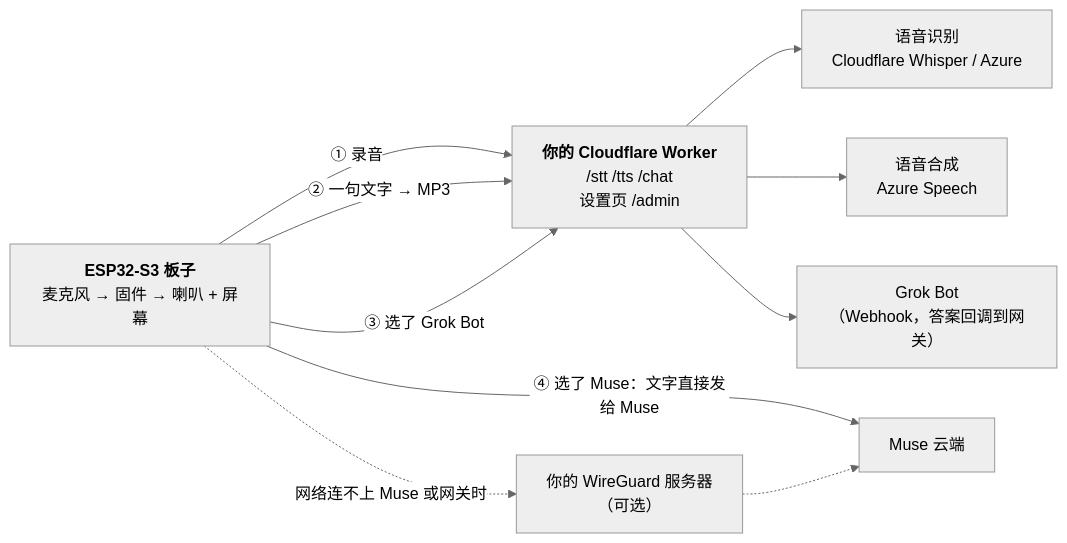
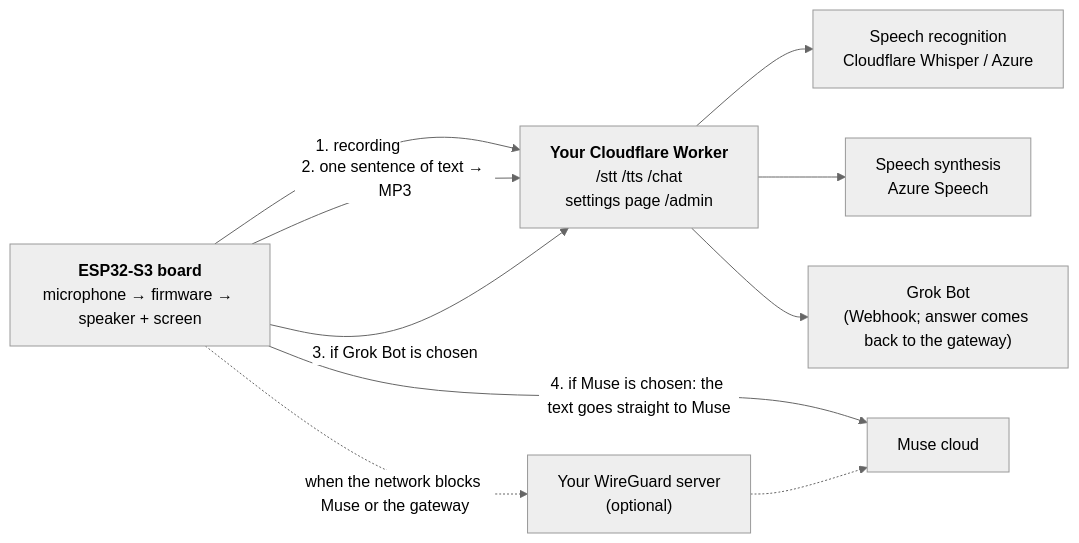
Before and after one commit to burndown/esp32-twinmate: the diagram in README.md, drawn with Mermaid (neutral theme). The commit also changed other lines of this file and 3 other files, not shown here.

Commit message:
README in English, the Chinese one moved to README.zh-CN.md; how to get the prerequisites, the Grok Bot contract, pairing steps and every setting added to both

````diff
--- a/README.md
+++ b/README.md
@@ -25,15 +29,15 @@
 ```mermaid
 flowchart LR
-  board["<b>ESP32-S3 板子</b><br/>麦克风 → 固件 → 喇叭 + 屏幕"]
-  gw["<b>你的 Cloudflare Worker</b><br/>/stt  /tts  /chat<br/>设置页 /admin"]
-  asr["语音识别<br/>Cloudflare Whisper / Azure"]
-  tts["语音合成<br/>Azure Speech"]
-  bot["Grok Bot<br/>（Webhook，答案回调到网关）"]
-  muse["Muse 云端"]
-  wg["你的 WireGuard 服务器<br/>（可选）"]
-  board -->|"① 录音"| gw --> asr
-  board -->|"② 一句文字 → MP3"| gw --> tts
-  board -->|"③ 选了 Grok Bot"| gw --> bot
-  board -->|"④ 选了 Muse：文字直接发给 Muse"| muse
-  board -.->|"网络连不上 Muse 或网关时"| wg -.-> muse
+  board["<b>ESP32-S3 board</b><br/>microphone → firmware → speaker + screen"]
+  gw["<b>Your Cloudflare Worker</b><br/>/stt  /tts  /chat<br/>settings page /admin"]
+  asr["Speech recognition<br/>Cloudflare Whisper / Azure"]
+  tts["Speech synthesis<br/>Azure Speech"]
+  bot["Grok Bot<br/>(Webhook; answer comes back to the gateway)"]
+  muse["Muse cloud"]
+  wg["Your WireGuard server<br/>(optional)"]
+  board -->|"1. recording"| gw --> asr
+  board -->|"2. one sentence of text → MP3"| gw --> tts
+  board -->|"3. if Grok Bot is chosen"| gw --> bot
+  board -->|"4. if Muse is chosen: the text goes straight to Muse"| muse
+  board -.->|"when the network blocks Muse or the gateway"| wg -.-> muse
 ```
````
